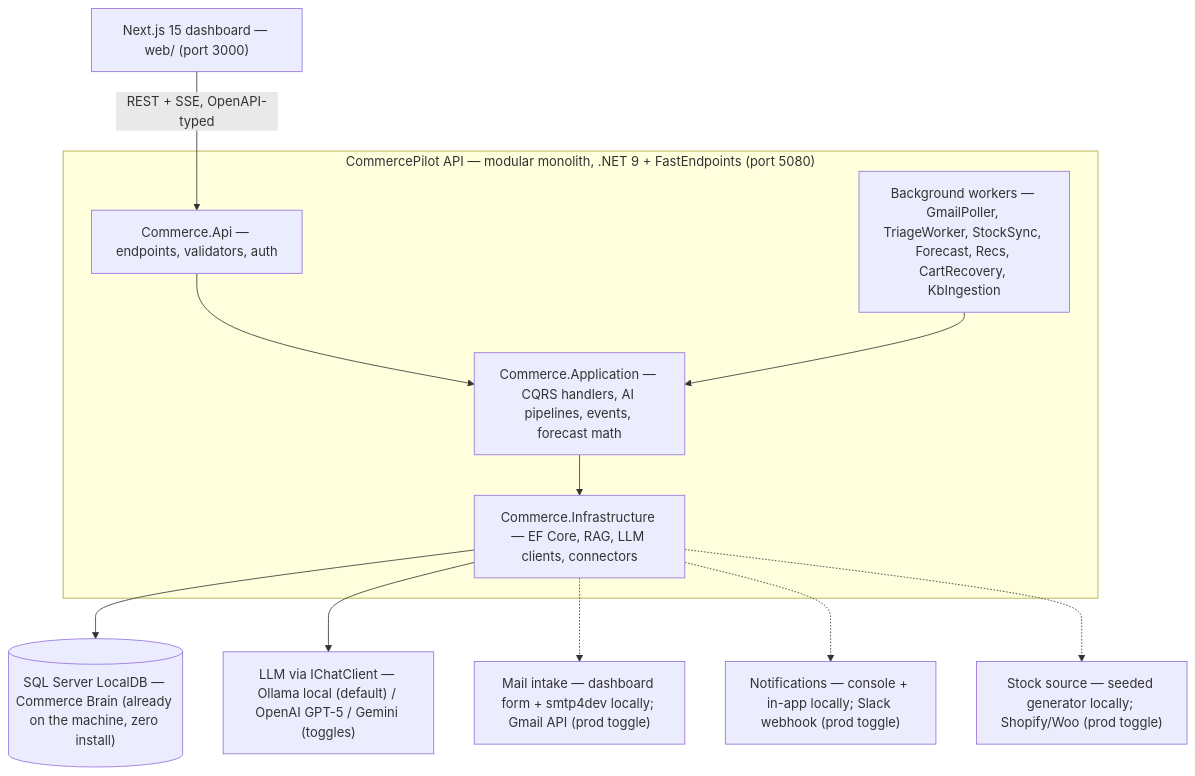
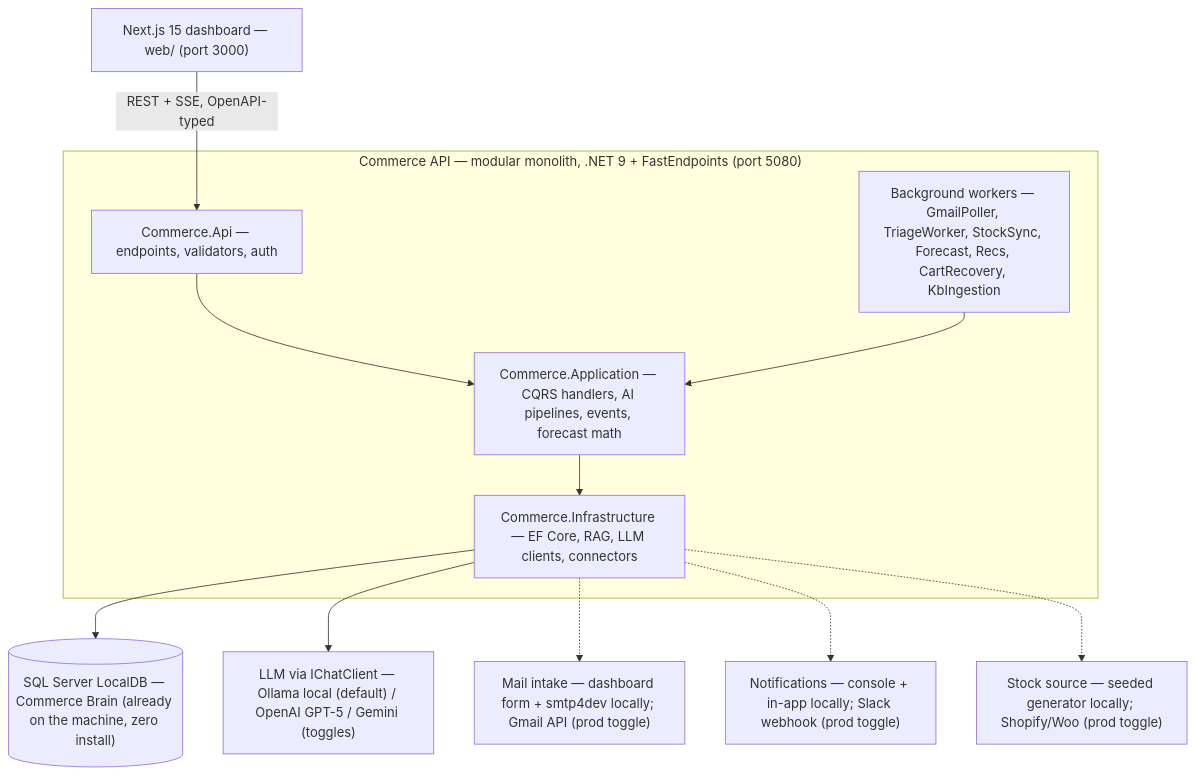
The first of 6 diagrams in md/01-architecture.md (ajay2665/CommercePilot), drawn with Mermaid before and after one commit. The commit also changed other lines of this file and 17 other files, not shown here.

Commit message:
init: scaffold commerce platform architecture, infrastructure, and web dashboard layout

````diff
--- a/md/01-architecture.md
+++ b/md/01-architecture.md
@@ -33,19 +33,19 @@
 ```mermaid
 flowchart TB
     WEB["Next.js 15 dashboard — web/ (port 3000)"] -->|"REST + SSE, OpenAPI-typed"| API
 
-    subgraph MONO["CommercePilot API — modular monolith, .NET 9 + FastEndpoints (port 5080)"]
+    subgraph MONO["Commerce API — modular monolith, .NET 9 + FastEndpoints (port 5080)"]
         API["Commerce.Api — endpoints, validators, auth"]
         APP["Commerce.Application — CQRS handlers, AI pipelines, events, forecast math"]
         INF["Commerce.Infrastructure — EF Core, RAG, LLM clients, connectors"]
         WRK["Background workers — GmailPoller, TriageWorker, StockSync, Forecast, Recs, CartRecovery, KbIngestion"]
         API --> APP --> INF
         WRK --> APP
     end
 
     INF --> PG[("SQL Server LocalDB — Commerce Brain (already on the machine, zero install)")]
     INF --> LLM["LLM via IChatClient — Ollama local (default) / OpenAI GPT-5 / Gemini (toggles)"]
     INF -.-> GM["Mail intake — dashboard form + smtp4dev locally; Gmail API (prod toggle)"]
     INF -.-> SL["Notifications — console + in-app locally; Slack webhook (prod toggle)"]
     INF -.-> EC["Stock source — seeded generator locally; Shopify/Woo (prod toggle)"]
 ```
````
